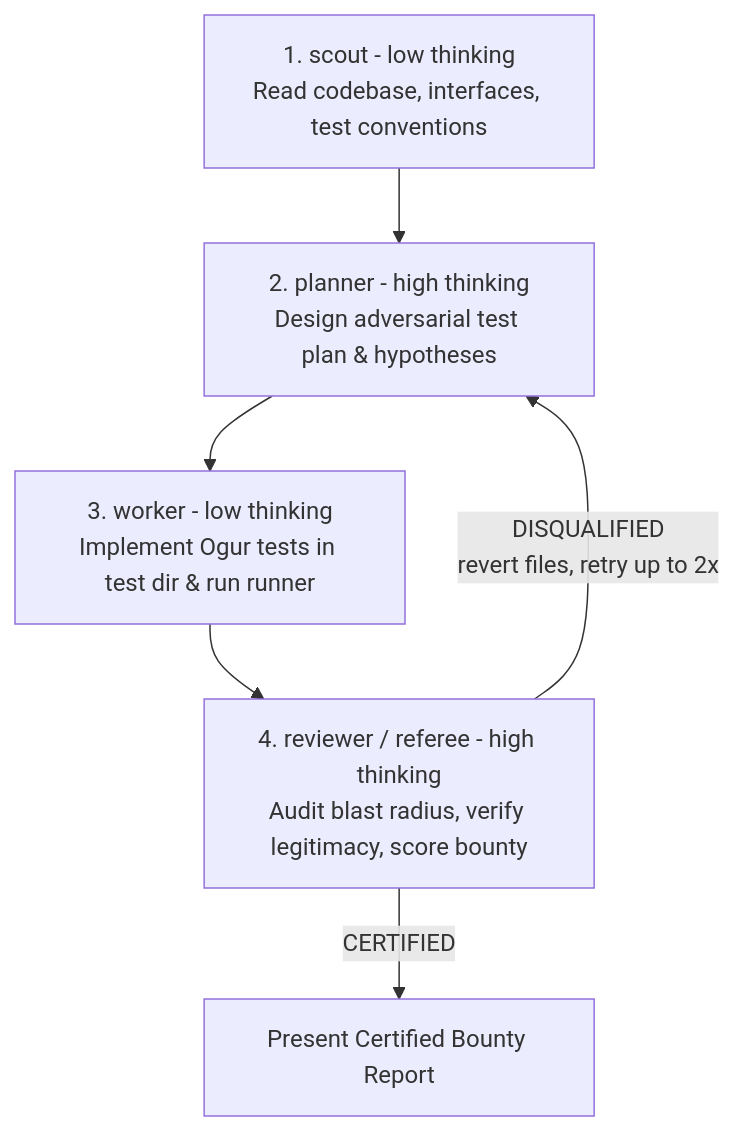
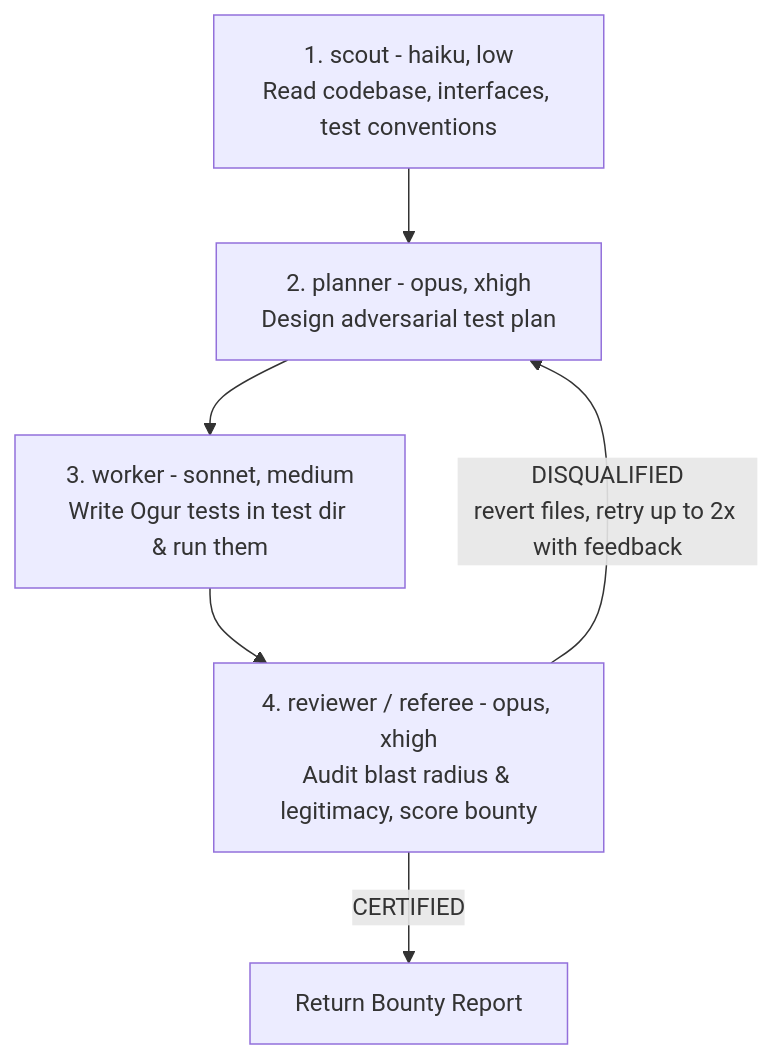
Before and after one commit to AtesIsf/agent-skills: the diagram in garv/SKILL.md, drawn with Mermaid. The commit also changed other lines of this file and 7 other files, not shown here.

````diff
--- a/garv/SKILL.md
+++ b/garv/SKILL.md
@@ -30,8 +27,8 @@
 ```mermaid
 flowchart TD
-    S1[1. scout - low thinking<br/>Read codebase, interfaces, test conventions] --> S2[2. planner - high thinking<br/>Design adversarial test plan & hypotheses]
-    S2 --> S3[3. worker - low thinking<br/>Implement Ogur tests in test dir & run runner]
-    S3 --> S4[4. reviewer / referee - high thinking<br/>Audit blast radius, verify legitimacy, score bounty]
-    S4 -->|DISQUALIFIED<br/>revert files, retry up to 2x| S2
-    S4 -->|CERTIFIED| S5[Present Certified Bounty Report]
+    S1[1. scout - haiku, low<br/>Read codebase, interfaces, test conventions] --> S2[2. planner - opus, xhigh<br/>Design adversarial test plan]
+    S2 --> S3[3. worker - sonnet, medium<br/>Write Ogur tests in test dir & run them]
+    S3 --> S4[4. reviewer / referee - opus, xhigh<br/>Audit blast radius & legitimacy, score bounty]
+    S4 -->|DISQUALIFIED<br/>revert files, retry up to 2x with feedback| S2
+    S4 -->|CERTIFIED| S5[Return Bounty Report]
 ```
````
